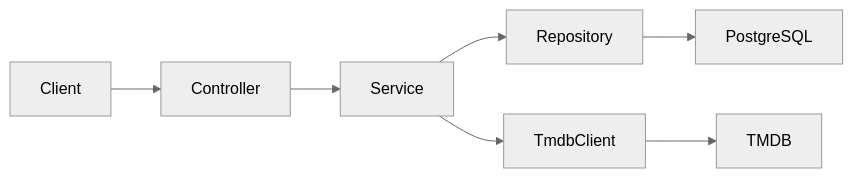
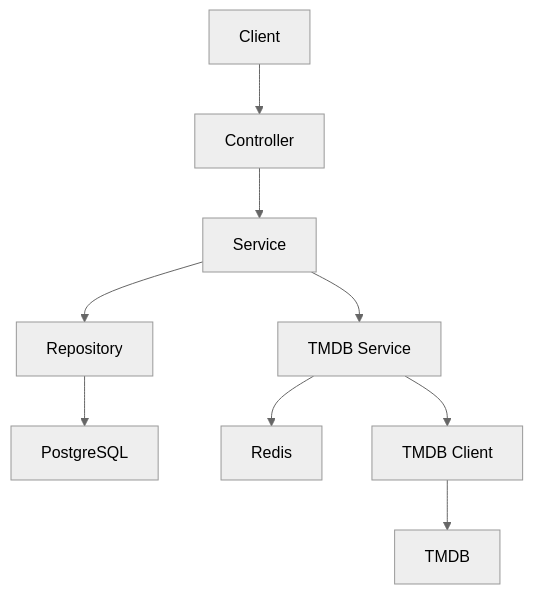
The diagram in README.md (alinealegre/tmdb-favorites-api), drawn with Mermaid (neutral theme) before and after one commit. The commit also changed other lines of this file and 17 other files, not shown here.

Commit message:
feat: add Redis cache, TMDB retry and Pino logging

````diff
--- a/README.md
+++ b/README.md
@@ -191,9 +208,11 @@
 ```mermaid
-flowchart LR
+flowchart TB
   Client --> Controller
   Controller --> Service
   Service --> Repository
-  Service --> TmdbClient
+  Service --> TmdbService["TMDB Service"]
   Repository --> PostgreSQL
+  TmdbService --> Redis
+  TmdbService --> TmdbClient["TMDB Client"]
   TmdbClient --> TMDB
 ```
````
